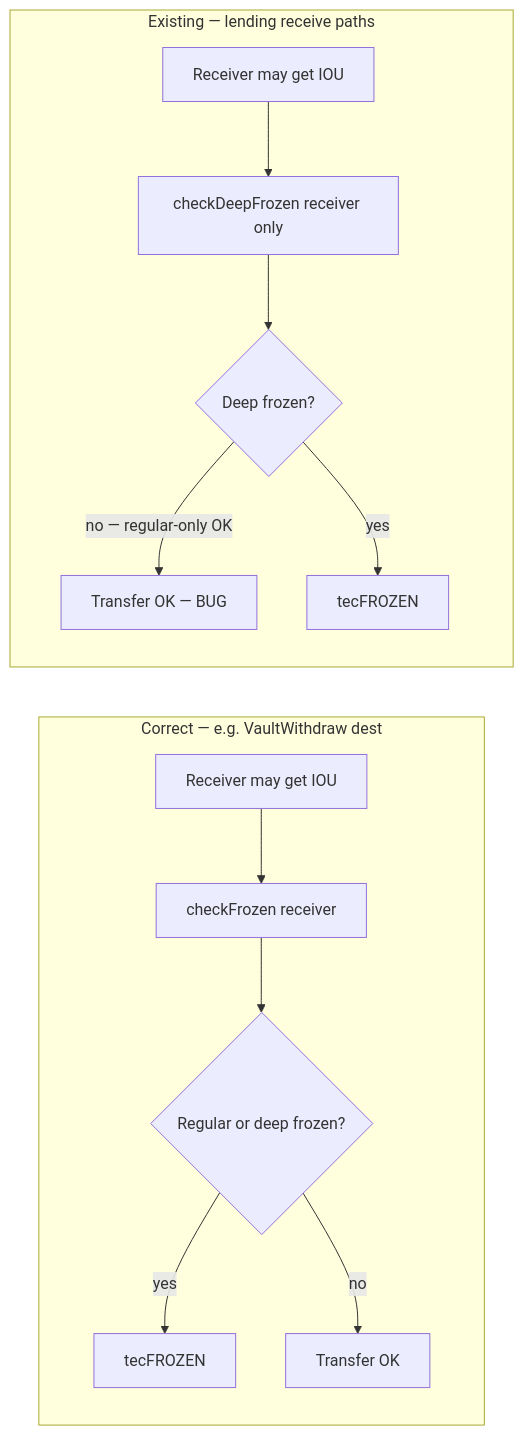
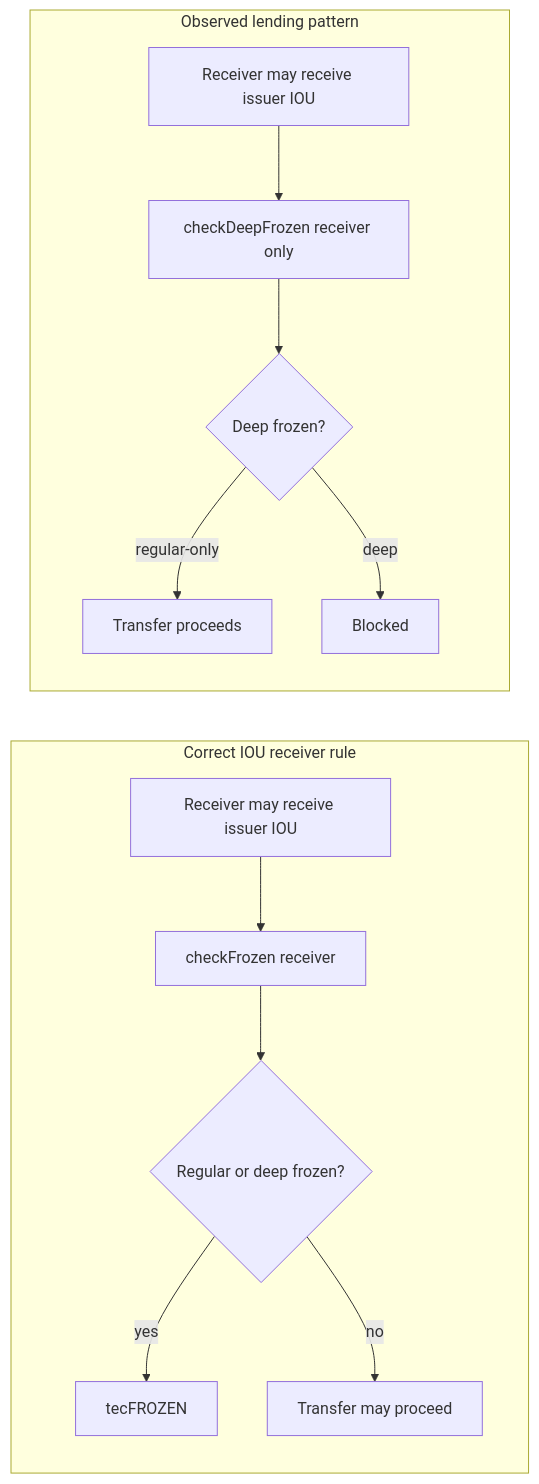
The first of 2 diagrams in _posts/2026-05-26-xrpl-rippled-open-p0-freeze-audit.md (agtico/agtico.github.io), drawn with Mermaid before and after one commit. The commit also changed other lines of this file and 50 other files, not shown here.

````diff
--- a/_posts/2026-05-26-xrpl-rippled-open-p0-freeze-audit.md
+++ b/_posts/2026-05-26-xrpl-rippled-open-p0-freeze-audit.md
@@ -264,17 +1466,15 @@
 ```mermaid
 flowchart LR
-  subgraph correct [Correct — e.g. VaultWithdraw dest]
-    direction TB
-    R1[Receiver may get IOU] --> R2[checkFrozen receiver]
-    R2 --> R3{Regular or deep frozen?}
-    R3 -->|yes| R4[tecFROZEN]
-    R3 -->|no| R5[Transfer OK]
+  subgraph correct [Correct IOU receiver rule]
+    A[Receiver may receive issuer IOU] --> B[checkFrozen receiver]
+    B --> C{Regular or deep frozen?}
+    C -->|yes| D[tecFROZEN]
+    C -->|no| E[Transfer may proceed]
   end
-  subgraph broken [Existing — lending receive paths]
-    direction TB
-    L1[Receiver may get IOU] --> L2[checkDeepFrozen receiver only]
-    L2 --> L3{Deep frozen?}
-    L3 -->|no — regular-only OK| L4[Transfer OK — BUG]
-    L3 -->|yes| L5[tecFROZEN]
+  subgraph broken [Observed lending pattern]
+    F[Receiver may receive issuer IOU] --> G[checkDeepFrozen receiver only]
+    G --> H{Deep frozen?}
+    H -->|regular-only| I[Transfer proceeds]
+    H -->|deep| J[Blocked]
   end
 ```
````
